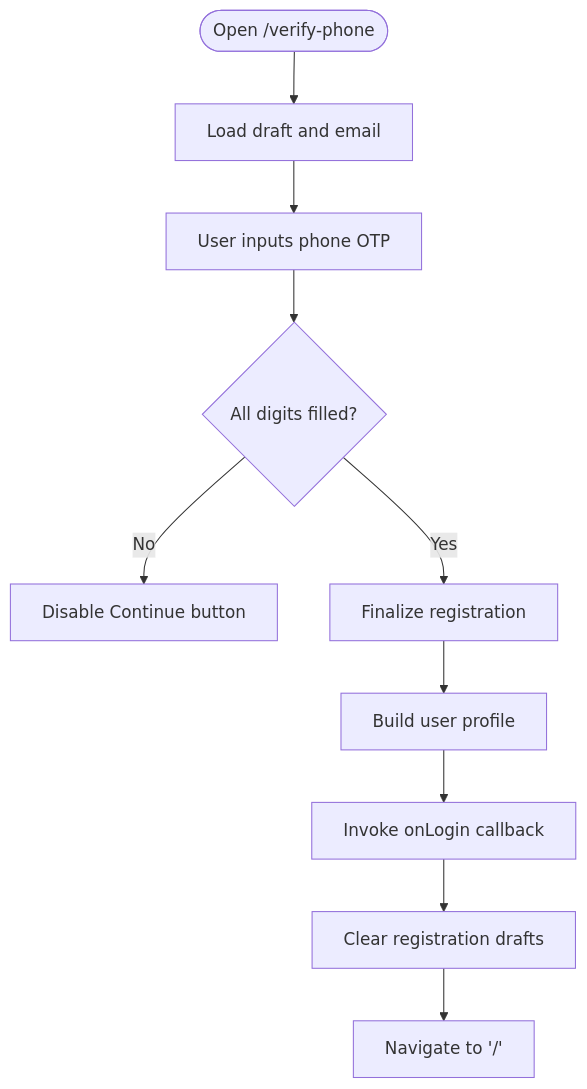
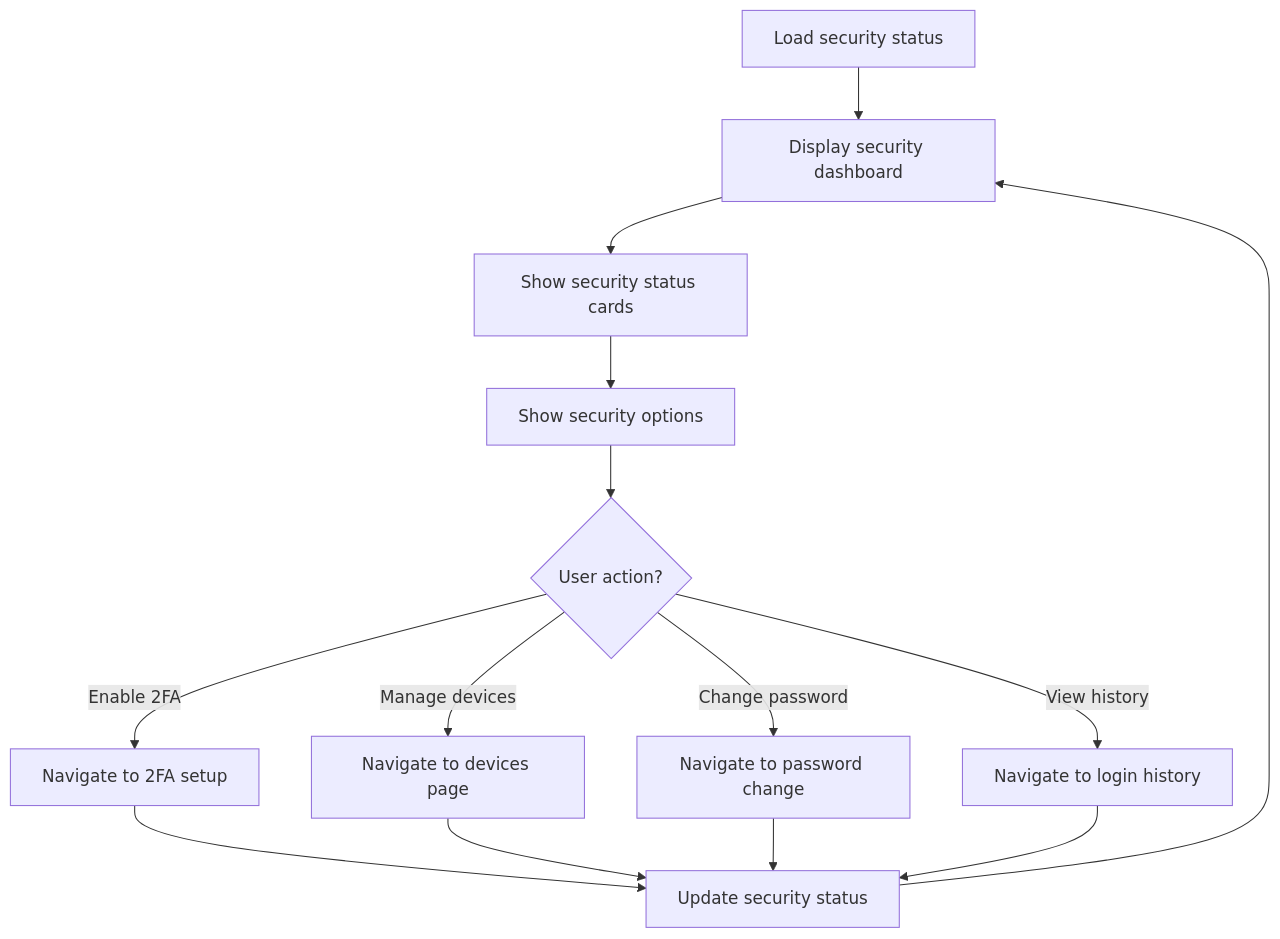
The seventh of 9 diagrams in .qoder/repowiki/en/content/Page Components/Authentication Pages.md (zpria/ACCOUND-ZPRIA), drawn with Mermaid before and after one commit. The commit also changed other lines of this file and 12 other files, not shown here.

````diff
--- a/.qoder/repowiki/en/content/Page Components/Authentication Pages.md
+++ b/.qoder/repowiki/en/content/Page Components/Authentication Pages.md
@@ -353,12 +336,16 @@
 ```mermaid
 flowchart TD
-Start(["Open /verify-phone"]) --> LoadContext["Load draft and email"]
-LoadContext --> InputOTP["User inputs phone OTP"]
-InputOTP --> ValidateOTP{"All digits filled?"}
-ValidateOTP --> |No| DisableButton["Disable Continue button"]
-ValidateOTP --> |Yes| Finalize["Finalize registration"]
-Finalize --> BuildProfile["Build user profile"]
-BuildProfile --> AutoLogin["Invoke onLogin callback"]
-AutoLogin --> ClearStorage["Clear registration drafts"]
-ClearStorage --> NavigateHome["Navigate to '/'"]
+LoadStatus["Load security status"] --> DisplayDashboard["Display security dashboard"]
+DisplayDashboard --> ShowStatus["Show security status cards"]
+ShowStatus --> ShowOptions["Show security options"]
+ShowOptions --> UserAction{"User action?"}
+UserAction --> |Enable 2FA| Navigate2FA["Navigate to 2FA setup"]
+UserAction --> |Manage devices| NavigateDevices["Navigate to devices page"]
+UserAction --> |Change password| NavigatePassword["Navigate to password change"]
+UserAction --> |View history| NavigateHistory["Navigate to login history"]
+Navigate2FA --> UpdateStatus["Update security status"]
+NavigateDevices --> UpdateStatus
+NavigatePassword --> UpdateStatus
+NavigateHistory --> UpdateStatus
+UpdateStatus --> DisplayDashboard
 ```
````
